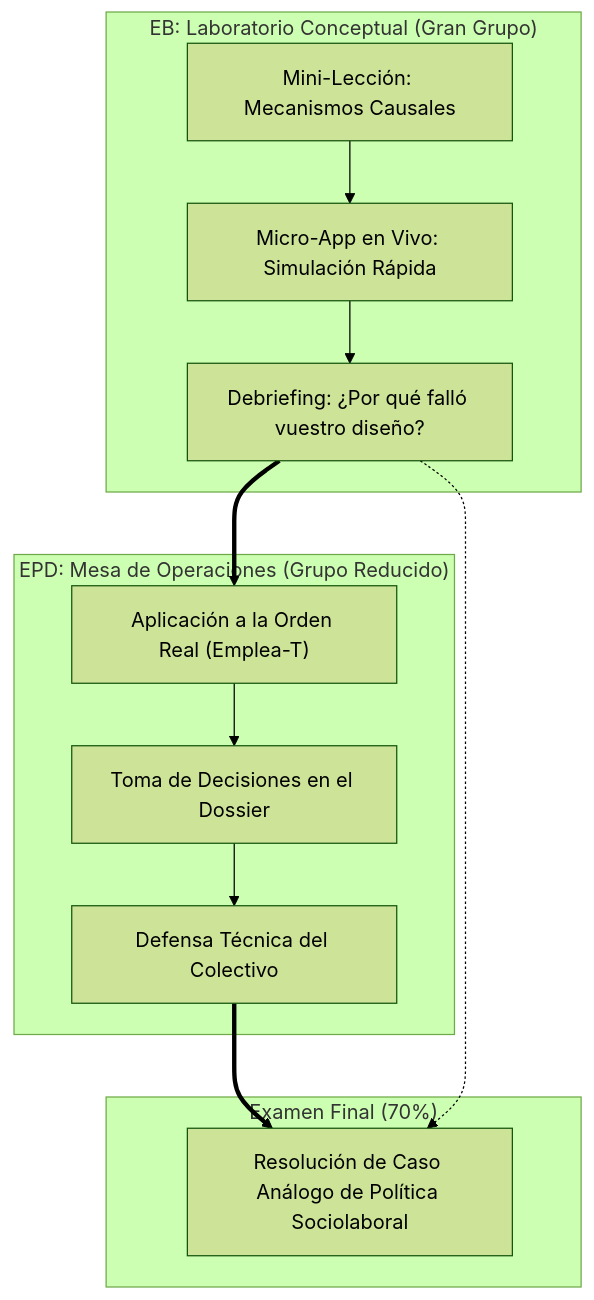
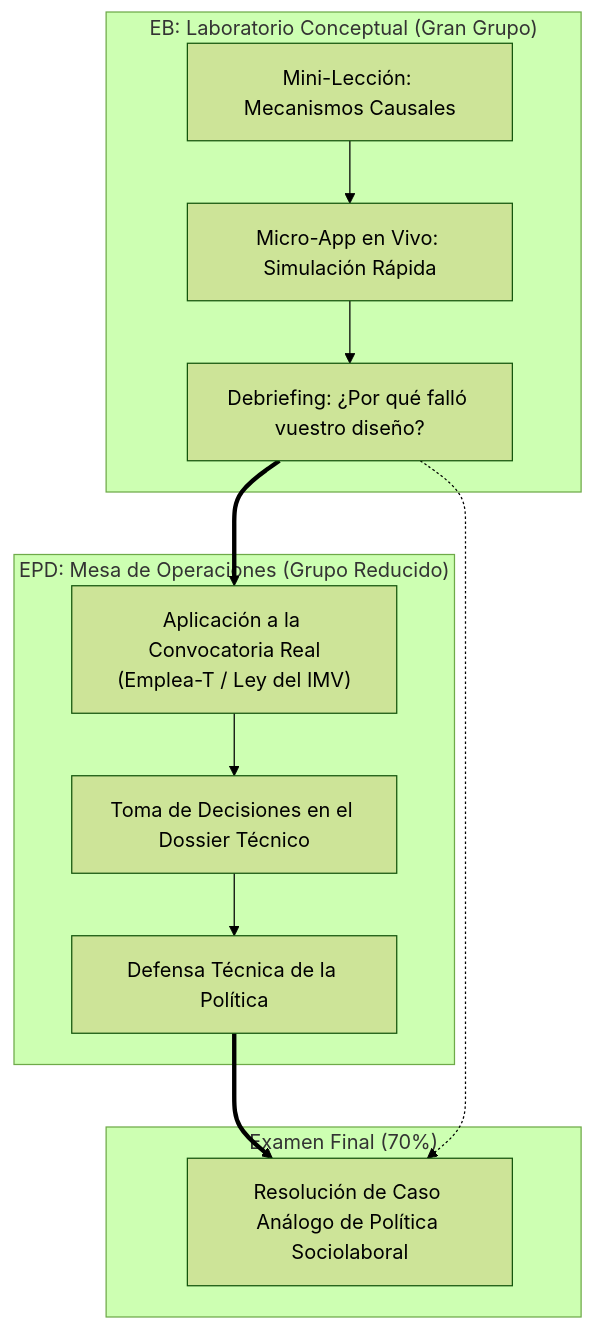
One commit to mhidper/PSSLL2627 changed the second of 2 diagrams in innovación_docente/propuesta_innovacion_docente.md. Above: the diagram before and after it, drawn with Mermaid (forest theme). The commit also changed other lines of this file, not shown here.

Commit message:
Actualizar propuesta docente: Caso 2 centrado en el Ingreso Mínimo Vital (IMV)

````diff
--- a/innovación_docente/propuesta_innovacion_docente.md
+++ b/innovación_docente/propuesta_innovacion_docente.md
@@ -50,17 +61,17 @@
 ```mermaid
 graph TD
     subgraph "EB: Laboratorio Conceptual (Gran Grupo)"
         EB1["Mini-Lección: Mecanismos Causales"] --> EB2["Micro-App en Vivo: Simulación Rápida"]
         EB2 --> EB3["Debriefing: ¿Por qué falló vuestro diseño?"]
     end
     subgraph "EPD: Mesa de Operaciones (Grupo Reducido)"
-        EPD1["Aplicación a la Orden Real (Emplea-T)"] --> EPD2["Toma de Decisiones en el Dossier"]
-        EPD2 --> EPD3["Defensa Técnica del Colectivo"]
+        EPD1["Aplicación a la Convocatoria Real<br>(Emplea-T / Ley del IMV)"] --> EPD2["Toma de Decisiones en el Dossier Técnico"]
+        EPD2 --> EPD3["Defensa Técnica de la Política"]
     end
     subgraph "Examen Final (70%)"
         EX["Resolución de Caso Análogo de Política Sociolaboral"]
     end
     EB3 ==> EPD1
     EPD3 ==> EX
     EB3 -.-> EX
 ```
````
